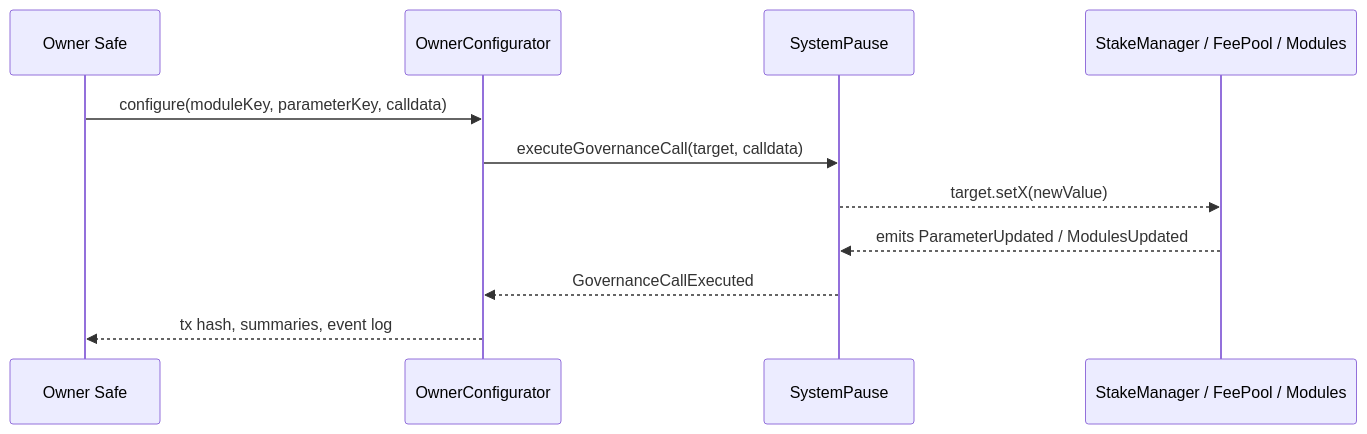
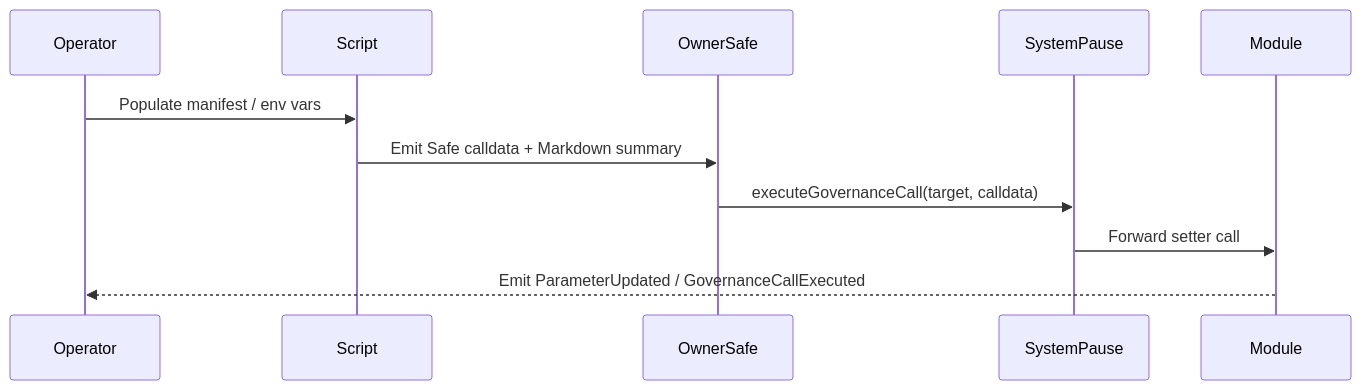
The second of 2 diagrams in scripts/README.md (MontrealAI/agijobs-sovereign-labor-v0p1), drawn with Mermaid before and after one commit. The commit also changed other lines of this file and 7 other files, not shown here.

````diff
--- a/scripts/README.md
+++ b/scripts/README.md
@@ -102,14 +85,14 @@
 ```mermaid
 sequenceDiagram
-    participant OwnerSafe as Owner Safe
-    participant Configurator as OwnerConfigurator
-    participant Pause as SystemPause
-    participant Module as StakeManager / FeePool / Modules
+    participant Operator
+    participant Script
+    participant OwnerSafe
+    participant SystemPause
+    participant Module
 
-    OwnerSafe->>Configurator: configure(moduleKey, parameterKey, calldata)
-    Configurator->>Pause: executeGovernanceCall(target, calldata)
-    Pause-->>Module: target.setX(newValue)
-    Module-->>Pause: emits ParameterUpdated / ModulesUpdated
-    Pause-->>Configurator: GovernanceCallExecuted
-    Configurator-->>OwnerSafe: tx hash, summaries, event log
+    Operator->>Script: Populate manifest / env vars
+    Script->>OwnerSafe: Emit Safe calldata + Markdown summary
+    OwnerSafe->>SystemPause: executeGovernanceCall(target, calldata)
+    SystemPause->>Module: Forward setter call
+    Module-->>Operator: Emit ParameterUpdated / GovernanceCallExecuted
 ```
````
